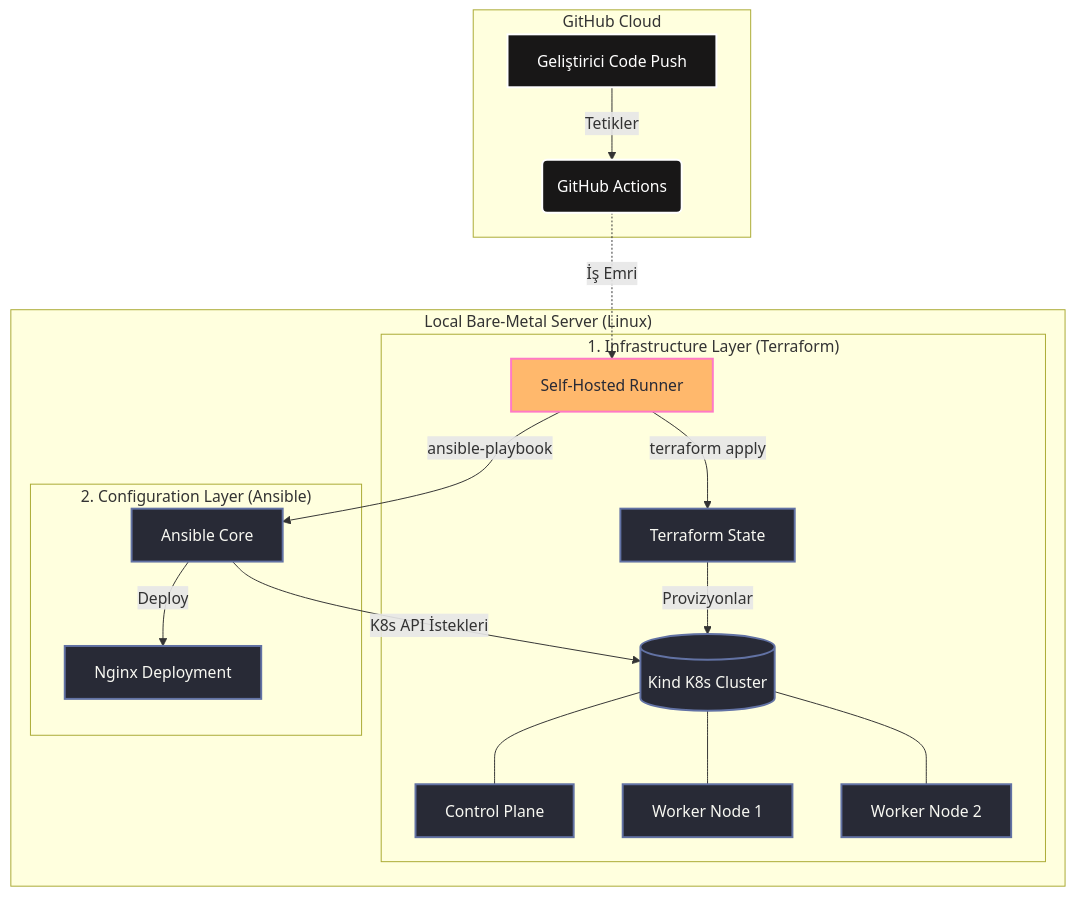
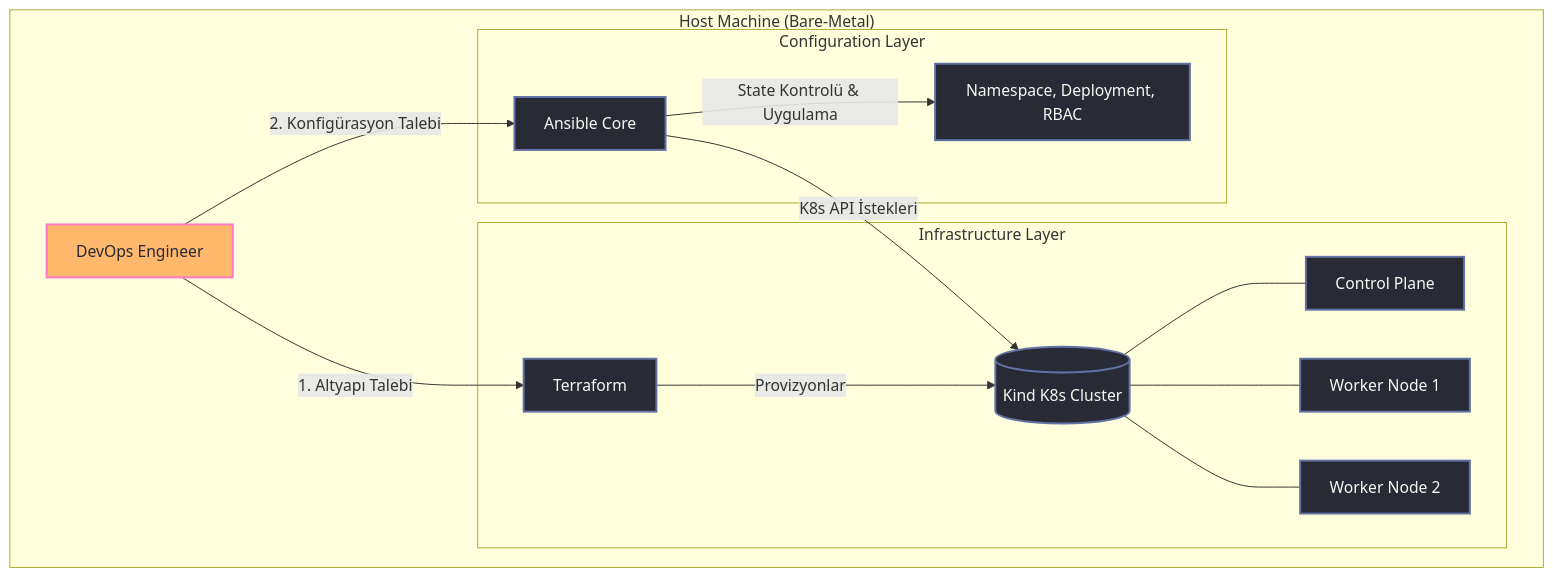
Before and after one commit to Mehmettrkkan/k8s-cluster: the diagram in README.md, drawn with Mermaid. The commit also changed other lines of this file, not shown here.

Commit message:
docs: Legacy deploy.sh kalintilari README üzerinden temizlendi ve mimari guncellendi

````diff
--- a/README.md
+++ b/README.md
@@ -11,30 +11,24 @@
 ```mermaid
 graph TD
-    subgraph "GitHub Cloud"
-        A[Geliştirici Code Push] -->|Tetikler| B(GitHub Actions)
-    end
-
-    subgraph "Local Bare-Metal Server (Linux)"
-        B -.->|İş Emri| C[Self-Hosted Runner]
+    subgraph "Host Machine (Bare-Metal)"
+        A[DevOps Engineer] -->|1. Altyapı Talebi| B[Terraform]
         
-        subgraph "1. Infrastructure Layer (Terraform)"
-            C -->|terraform apply| D[Terraform State]
-            D -->|Provizyonlar| E[(Kind K8s Cluster)]
-            E --- E1[Control Plane]
-            E --- E2[Worker Node 1]
-            E --- E3[Worker Node 2]
+        subgraph "Infrastructure Layer"
+            B -->|Provizyonlar| C[(Kind K8s Cluster)]
+            C --- C1[Control Plane]
+            C --- C2[Worker Node 1]
+            C --- C3[Worker Node 2]
         end
 
-        subgraph "2. Configuration Layer (Ansible)"
-            C -->|ansible-playbook| F[Ansible Core]
-            F -->|K8s API İstekleri| E
-            F -->|Deploy| G[Nginx Deployment]
+        A -->|2. Konfigürasyon Talebi| D[Ansible Core]
+        
+        subgraph "Configuration Layer"
+            D -->|K8s API İstekleri| C
+            D -->|State Kontrolü & Uygulama| E[Namespace, Deployment, RBAC]
         end
     end
 
     classDef default fill:#282a36,stroke:#6272a4,stroke-width:2px,color:#f8f8f2;
-    classDef github fill:#181717,stroke:#ffffff,color:#fff;
-    classDef runner fill:#ffb86c,stroke:#ff79c6,color:#282a36;
-    class A,B github;
-    class C runner;
+    classDef user fill:#ffb86c,stroke:#ff79c6,color:#282a36;
+    class A user;
 ```
````
